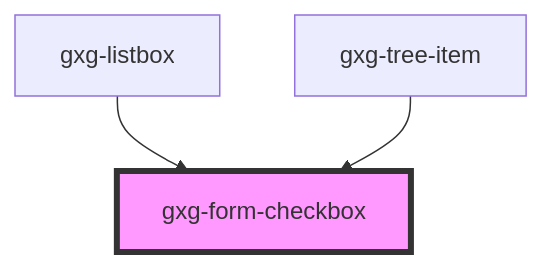
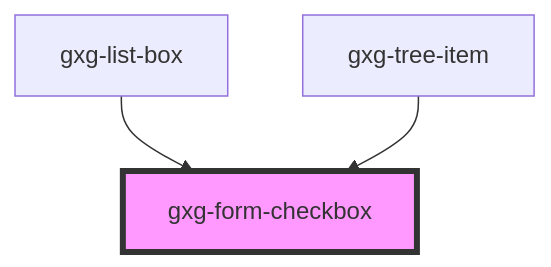
The diagram in src/components/form-checkbox/readme.md (genexuslabs/gemini), drawn with Mermaid before and after one commit. The commit also changed other lines of this file and 12 other files, not shown here.

````diff
--- a/src/components/form-checkbox/readme.md
+++ b/src/components/form-checkbox/readme.md
@@ -42,6 +42,6 @@
 ```mermaid
 graph TD;
-  gxg-listbox --> gxg-form-checkbox
+  gxg-list-box --> gxg-form-checkbox
   gxg-tree-item --> gxg-form-checkbox
   style gxg-form-checkbox fill:#f9f,stroke:#333,stroke-width:4px
 ```
````
